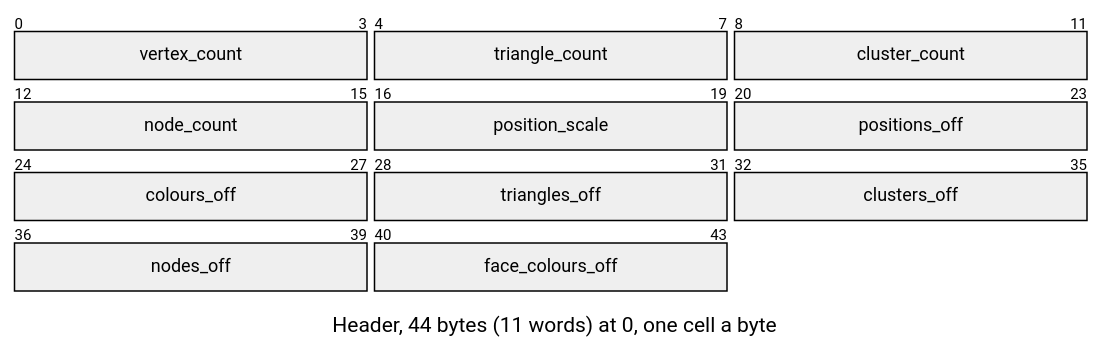
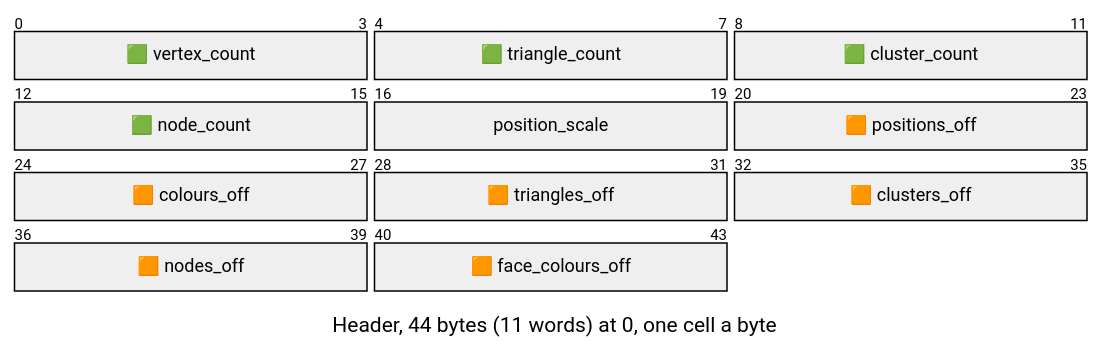
Before and after one commit to jose-villegas/autana: the first of 7 diagrams in docs/assets/formats/LMSH.md, drawn with Mermaid. The commit also changed other lines of this file and 14 other files, not shown here.

````diff
--- a/docs/assets/formats/LMSH.md
+++ b/docs/assets/formats/LMSH.md
@@ -10,21 +10,21 @@
 ```mermaid
 ---
 config:
   packet:
     bitsPerRow: 12
     bitWidth: 60
 ---
 packet-beta
 title Header, 44 bytes (11 words) at 0, one cell a byte
-0-3: "vertex_count"
-4-7: "triangle_count"
-8-11: "cluster_count"
-12-15: "node_count"
+0-3: "🟩 vertex_count"
+4-7: "🟩 triangle_count"
+8-11: "🟩 cluster_count"
+12-15: "🟩 node_count"
 16-19: "position_scale"
-20-23: "positions_off"
-24-27: "colours_off"
-28-31: "triangles_off"
-32-35: "clusters_off"
-36-39: "nodes_off"
-40-43: "face_colours_off"
+20-23: "🟧 positions_off"
+24-27: "🟧 colours_off"
+28-31: "🟧 triangles_off"
+32-35: "🟧 clusters_off"
+36-39: "🟧 nodes_off"
+40-43: "🟧 face_colours_off"
 ```
````
